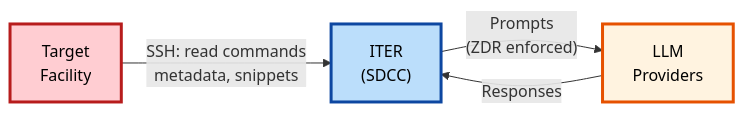
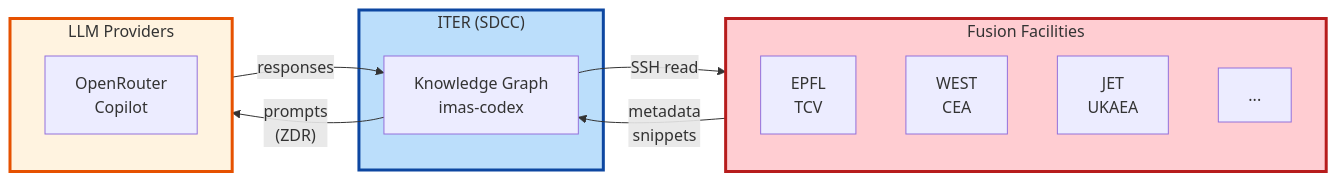
The first of 8 diagrams in docs/architecture/facility-access-justification.md (iterorganization/imas-mcp), drawn with Mermaid before and after one commit. The commit also changed other lines of this file, not shown here.

First line of the commit message:
docs: improve facility access justification document

````diff
--- a/docs/architecture/facility-access-justification.md
+++ b/docs/architecture/facility-access-justification.md
@@ -29,23 +51,35 @@
 ```mermaid
 flowchart LR
-    FACILITY["Target
-    Facility"]
+    subgraph ITER_BOX["ITER (SDCC)"]
+        GRAPH["Knowledge Graph
+        imas-codex"]
+    end
     
-    ITER["ITER
-    (SDCC)"]
+    subgraph FACILITIES["Fusion Facilities"]
+        direction TB
+        EPFL["EPFL
+        TCV"]
+        WEST["WEST
+        CEA"]
+        JET["JET
+        UKAEA"]
+        MORE["..."]
+    end
     
-    LLM["LLM
-    Providers"]
+    subgraph LLM_BOX["LLM Providers"]
+        LLM["OpenRouter
+        Copilot"]
+    end
     
-    FACILITY -->|"SSH: read commands
-    metadata, snippets"| ITER
+    GRAPH -->|"SSH read"| FACILITIES
+    FACILITIES -->|"metadata
+    snippets"| GRAPH
     
-    ITER -->|"Prompts
-    (ZDR enforced)"| LLM
+    GRAPH -->|"prompts
+    (ZDR)"| LLM_BOX
+    LLM_BOX -->|"responses"| GRAPH
     
-    LLM -->|"Responses"| ITER
-    
-    style FACILITY fill:#ffcdd2,stroke:#b71c1c,stroke-width:3px,color:#000
-    style ITER fill:#bbdefb,stroke:#0d47a1,stroke-width:3px,color:#000
-    style LLM fill:#fff3e0,stroke:#e65100,stroke-width:3px,color:#000
+    style ITER_BOX fill:#bbdefb,stroke:#0d47a1,stroke-width:3px
+    style FACILITIES fill:#ffcdd2,stroke:#b71c1c,stroke-width:3px
+    style LLM_BOX fill:#fff3e0,stroke:#e65100,stroke-width:3px
 ```
````
